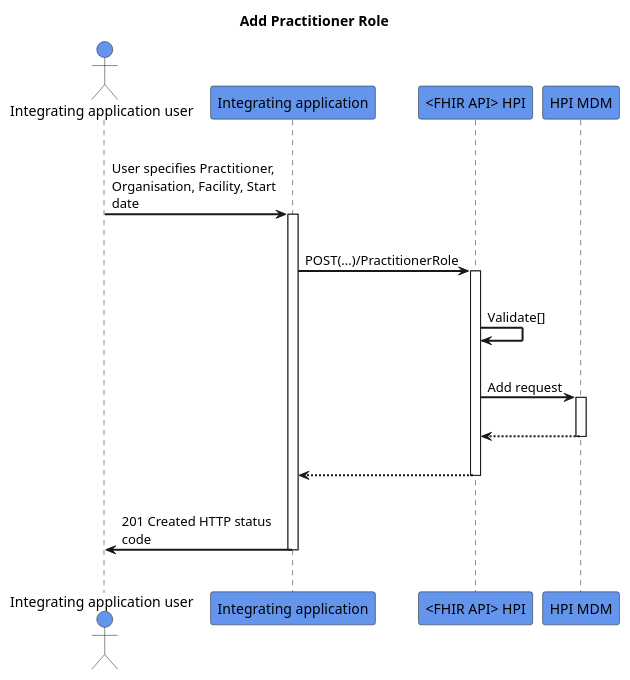
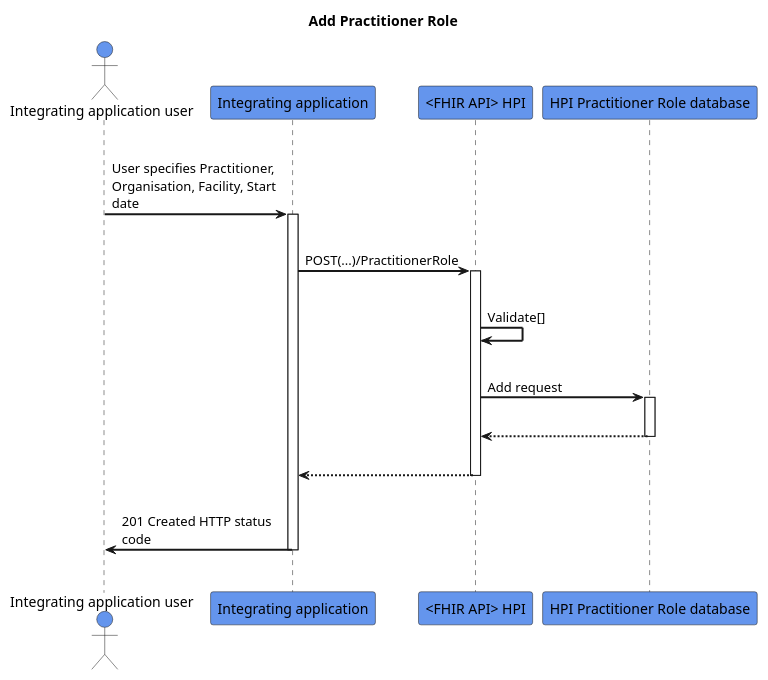
The diagram in input/images-source/add-practitionerrole.plantuml (HL7NZ/hpi), drawn with PlantUML before and after one commit.

```diff
--- a/input/images-source/add-practitionerrole.plantuml
+++ b/input/images-source/add-practitionerrole.plantuml
@@ -1,32 +1,32 @@
 @startuml
 skinparam sequenceArrowThickness 2
 skinparam roundcorner 5
 skinparam maxmessagesize 180
 skinparam sequenceParticipant bold
 title Add Practitioner Role
 actor "Integrating application user" as User #CornflowerBlue
 participant "Integrating application" as A #CornflowerBlue
 participant "<FHIR API> HPI" as B #CornflowerBlue
-participant "HPI MDM" as C #CornflowerBlue
+participant "HPI Practitioner Role database" as C #CornflowerBlue
 |||
 User -> A: User specifies Practitioner, Organisation, Facility, Start date
 activate A
 |||
 A -> B: POST(...)/PractitionerRole
 activate B
 |||
 B -> B: Validate[]
 |||
 B -> C: Add request
 activate C
 |||
 C -[dashed]-> B:  
 deactivate C
 |||
 B -[dashed]-> A:
 deactivate B
 |||
 A -> User: 201 Created HTTP status code
 deactivate A
 |||
 @enduml
```
